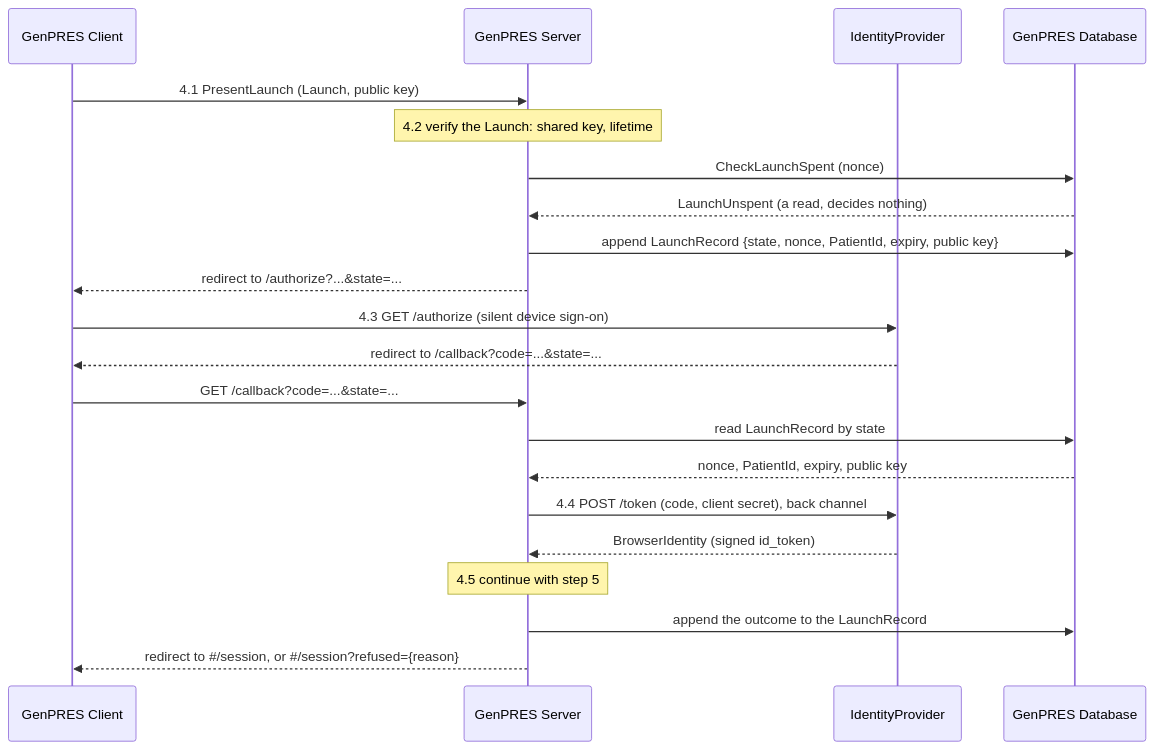
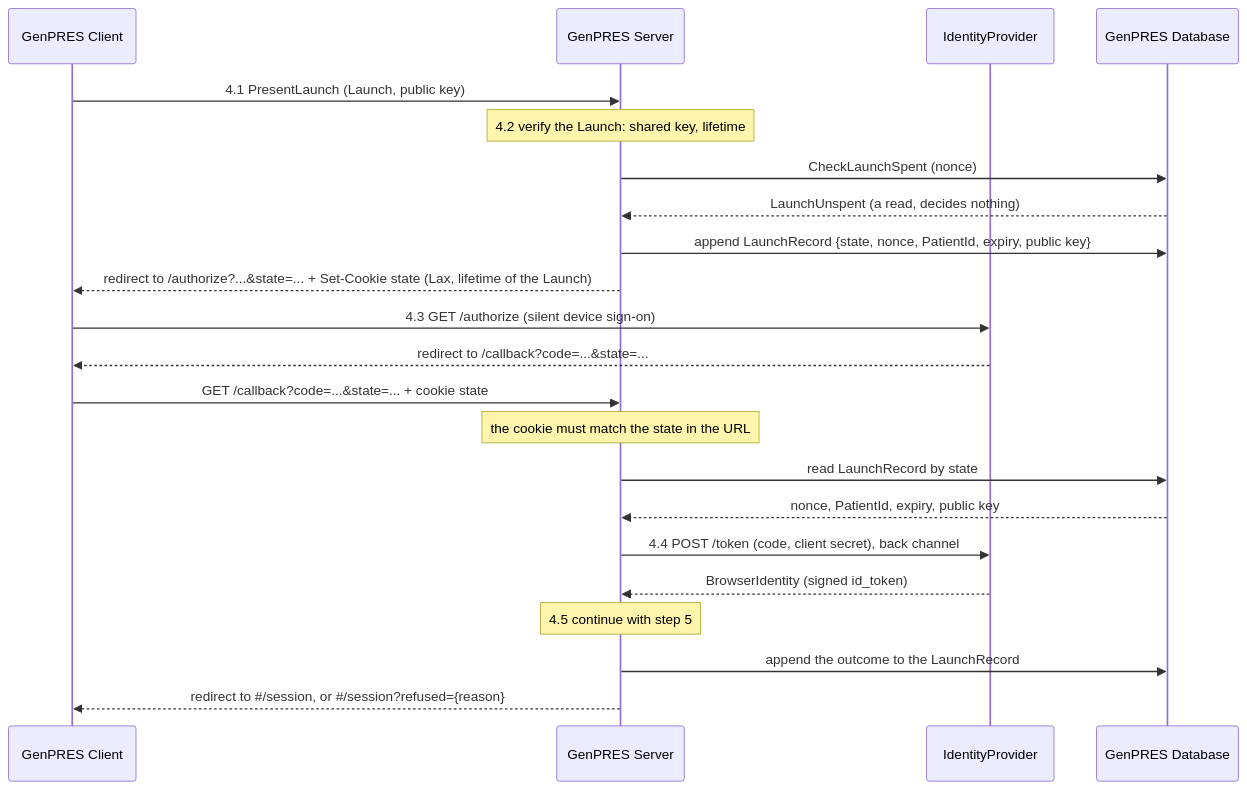
Before and after one commit to informedica/GenPRES: the second of 4 diagrams in docs/scenarios/integration/uc-01-launch.md, drawn with Mermaid. The commit also changed other lines of this file and 1 other file, not shown here.

First line of the commit message:
docs(client): bind the identity callback to the browser with a state cookie

````diff
--- a/docs/scenarios/integration/uc-01-launch.md
+++ b/docs/scenarios/integration/uc-01-launch.md
@@ -55,24 +55,25 @@
 ```mermaid
 sequenceDiagram
     participant C as GenPRES Client
     participant S as GenPRES Server
     participant I as IdentityProvider
     participant D as GenPRES Database
 
     C->>S: 4.1 PresentLaunch (Launch, public key)
     Note over S: 4.2 verify the Launch: shared key, lifetime
     S->>D: CheckLaunchSpent (nonce)
     D-->>S: LaunchUnspent (a read, decides nothing)
     S->>D: append LaunchRecord {state, nonce, PatientId, expiry, public key}
-    S-->>C: redirect to /authorize?...&state=...
+    S-->>C: redirect to /authorize?...&state=... + Set-Cookie state (Lax, lifetime of the Launch)
     C->>I: 4.3 GET /authorize (silent device sign-on)
     I-->>C: redirect to /callback?code=...&state=...
-    C->>S: GET /callback?code=...&state=...
+    C->>S: GET /callback?code=...&state=... + cookie state
+    Note over S: the cookie must match the state in the URL
     S->>D: read LaunchRecord by state
     D-->>S: nonce, PatientId, expiry, public key
     S->>I: 4.4 POST /token (code, client secret), back channel
     I-->>S: BrowserIdentity (signed id_token)
     Note over S: 4.5 continue with step 5
     S->>D: append the outcome to the LaunchRecord
     S-->>C: redirect to #35;/session, or #35;/session?refused={reason}
 ```
````
